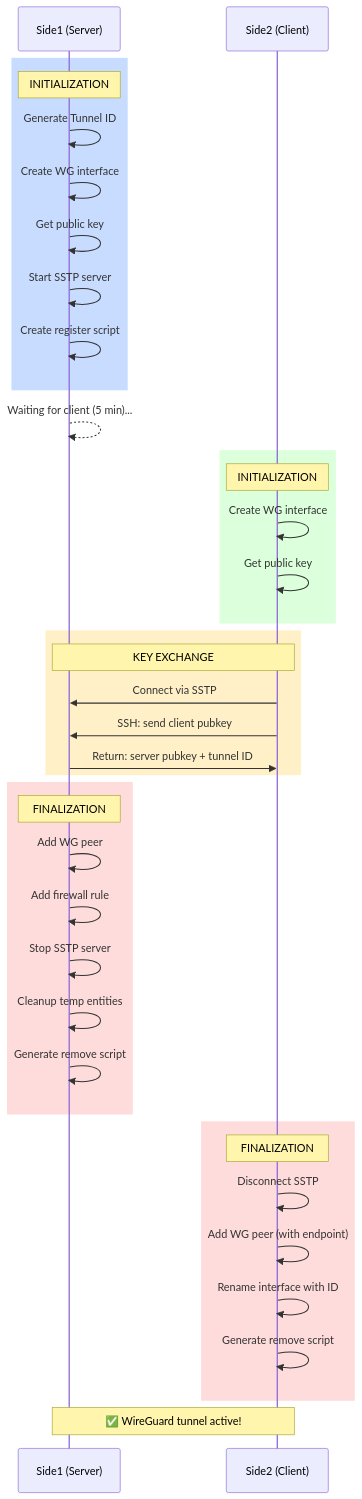
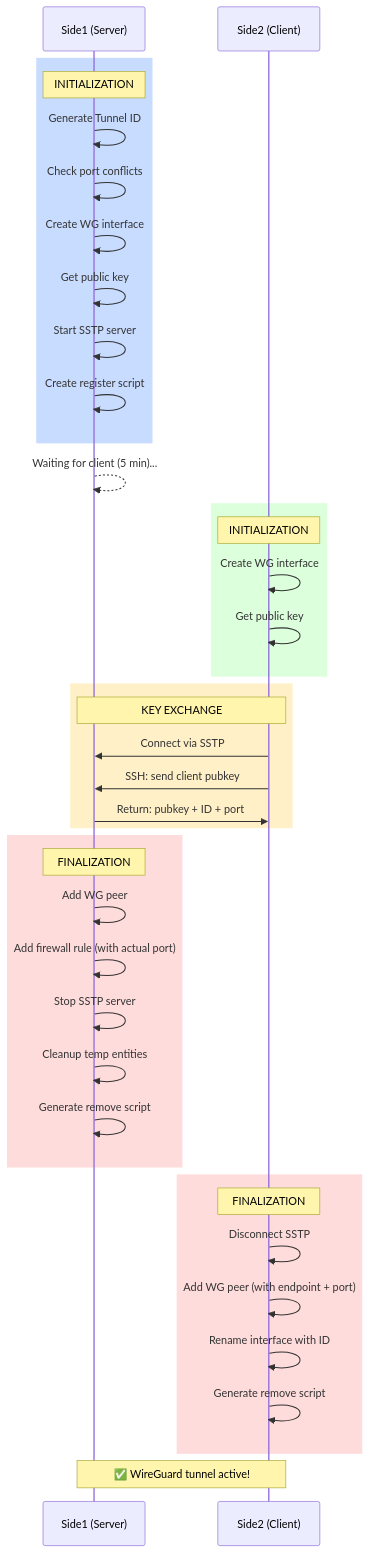
Before and after one commit to olkovin/k2o-wg-p2p-connector: the second of 4 diagrams in ARCHITECTURE.md, drawn with Mermaid. The commit also changed other lines of this file and 3 other files, not shown here.

````diff
--- a/ARCHITECTURE.md
+++ b/ARCHITECTURE.md
@@ -94,48 +96,49 @@
 ```mermaid
 sequenceDiagram
     participant S as Side1 (Server)
     participant C as Side2 (Client)
 
     rect rgb(200, 220, 255)
         Note over S: INITIALIZATION
         S->>S: Generate Tunnel ID
+        S->>S: Check port conflicts
         S->>S: Create WG interface
         S->>S: Get public key
         S->>S: Start SSTP server
         S->>S: Create register script
     end
 
     S-->>S: Waiting for client (5 min)...
 
     rect rgb(220, 255, 220)
         Note over C: INITIALIZATION
         C->>C: Create WG interface
         C->>C: Get public key
     end
 
     rect rgb(255, 240, 200)
         Note over S,C: KEY EXCHANGE
         C->>S: Connect via SSTP
         C->>S: SSH: send client pubkey
-        S->>C: Return: server pubkey + tunnel ID
+        S->>C: Return: pubkey + ID + port
     end
 
     rect rgb(255, 220, 220)
         Note over S: FINALIZATION
         S->>S: Add WG peer
-        S->>S: Add firewall rule
+        S->>S: Add firewall rule (with actual port)
         S->>S: Stop SSTP server
         S->>S: Cleanup temp entities
         S->>S: Generate remove script
     end
 
     rect rgb(255, 220, 220)
         Note over C: FINALIZATION
         C->>C: Disconnect SSTP
-        C->>C: Add WG peer (with endpoint)
+        C->>C: Add WG peer (with endpoint + port)
         C->>C: Rename interface with ID
         C->>C: Generate remove script
     end
 
     Note over S,C: ✅ WireGuard tunnel active!
 ```
````
